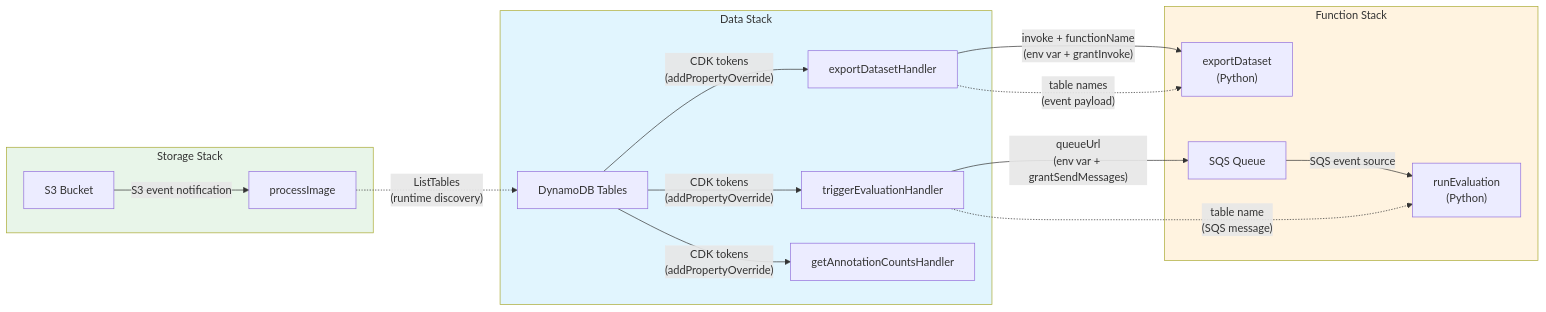
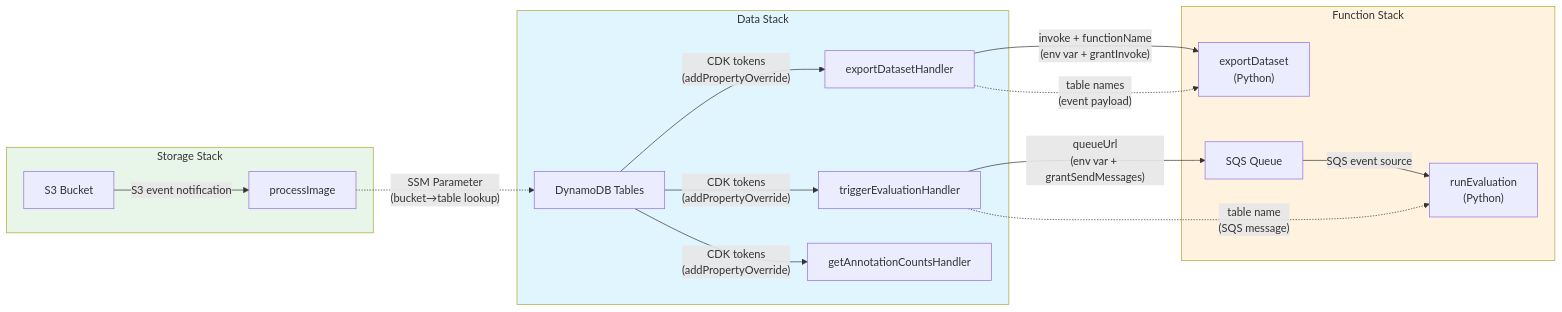
The second of 4 diagrams in spec/design_stack.md (icoxfog417/business-ocr-annotator), drawn with Mermaid before and after one commit. The commit also changed other lines of this file and 4 other files, not shown here.

First line of the commit message:
fix: Replace ListTables with SSM Parameter Store for Image table discovery

````diff
--- a/spec/design_stack.md
+++ b/spec/design_stack.md
@@ -50,42 +51,42 @@
 ```mermaid
 graph LR
     subgraph DATA["Data Stack"]
         ExportHandler["exportDatasetHandler"]
         TriggerEval["triggerEvaluationHandler"]
         GetCounts["getAnnotationCountsHandler"]
         Tables["DynamoDB Tables"]
     end
 
     subgraph FUNCTION["Function Stack"]
         ExportDataset["exportDataset<br/>(Python)"]
         RunEval["runEvaluation<br/>(Python)"]
         SQS["SQS Queue"]
     end
 
     subgraph STORAGE["Storage Stack"]
         S3["S3 Bucket"]
         ProcessImage["processImage"]
     end
 
     %% DATA → FUNCTION (one-way, safe)
     ExportHandler -- "invoke + functionName<br/>(env var + grantInvoke)" --> ExportDataset
     TriggerEval -- "queueUrl<br/>(env var + grantSendMessages)" --> SQS
     SQS -- "SQS event source" --> RunEval
 
     %% STORAGE → FUNCTION (one-way via S3 trigger)
     S3 -- "S3 event notification" --> ProcessImage
 
     %% Table names flow (runtime, NOT CDK tokens)
     ExportHandler -. "table names<br/>(event payload)" .-> ExportDataset
     TriggerEval -. "table name<br/>(SQS message)" .-> RunEval
-    ProcessImage -. "ListTables<br/>(runtime discovery)" .-> Tables
+    ProcessImage -. "SSM Parameter<br/>(bucket→table lookup)" .-> Tables
 
     %% Within DATA stack (safe, same stack)
     Tables -- "CDK tokens<br/>(addPropertyOverride)" --> GetCounts
     Tables -- "CDK tokens<br/>(addPropertyOverride)" --> TriggerEval
     Tables -- "CDK tokens<br/>(addPropertyOverride)" --> ExportHandler
 
     style DATA fill:#e1f5fe
     style FUNCTION fill:#fff3e0
     style STORAGE fill:#e8f5e9
 ```
````
